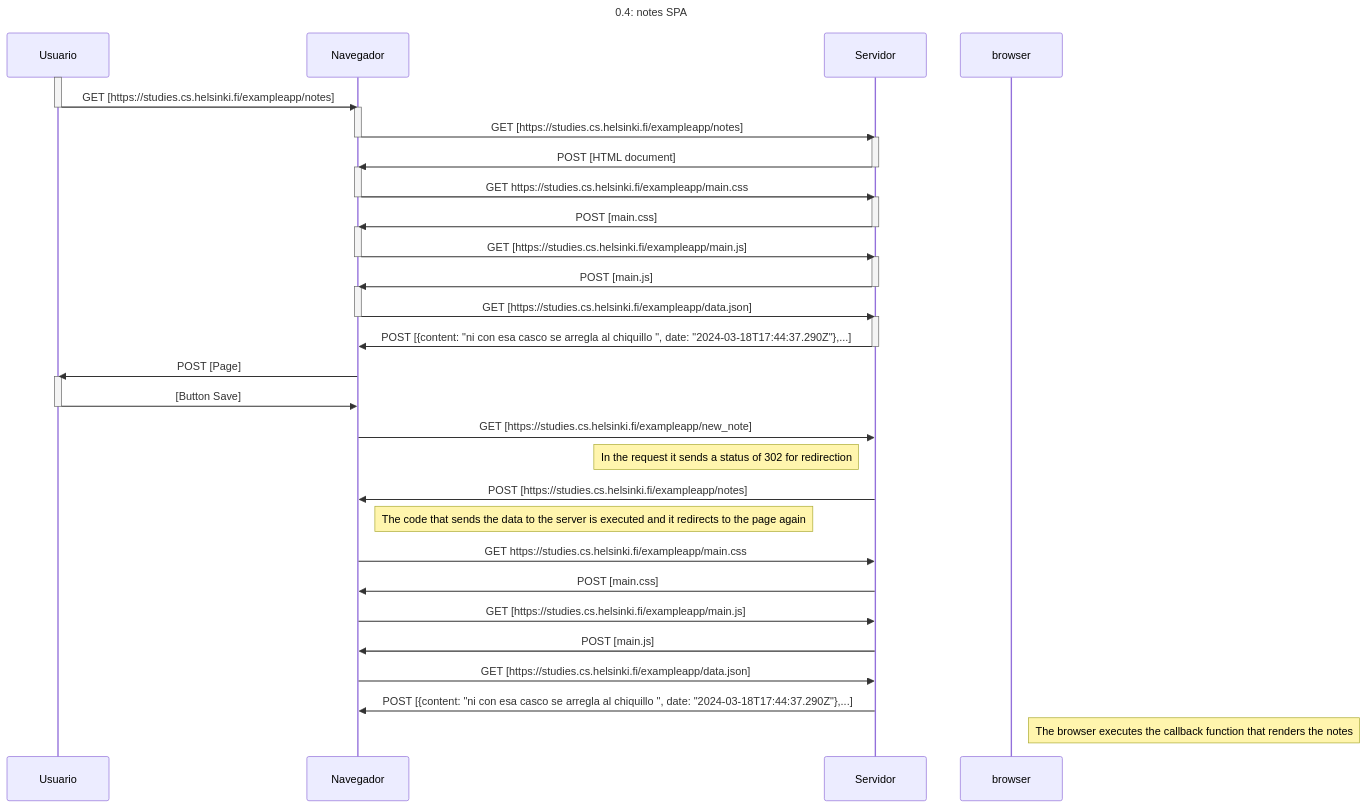
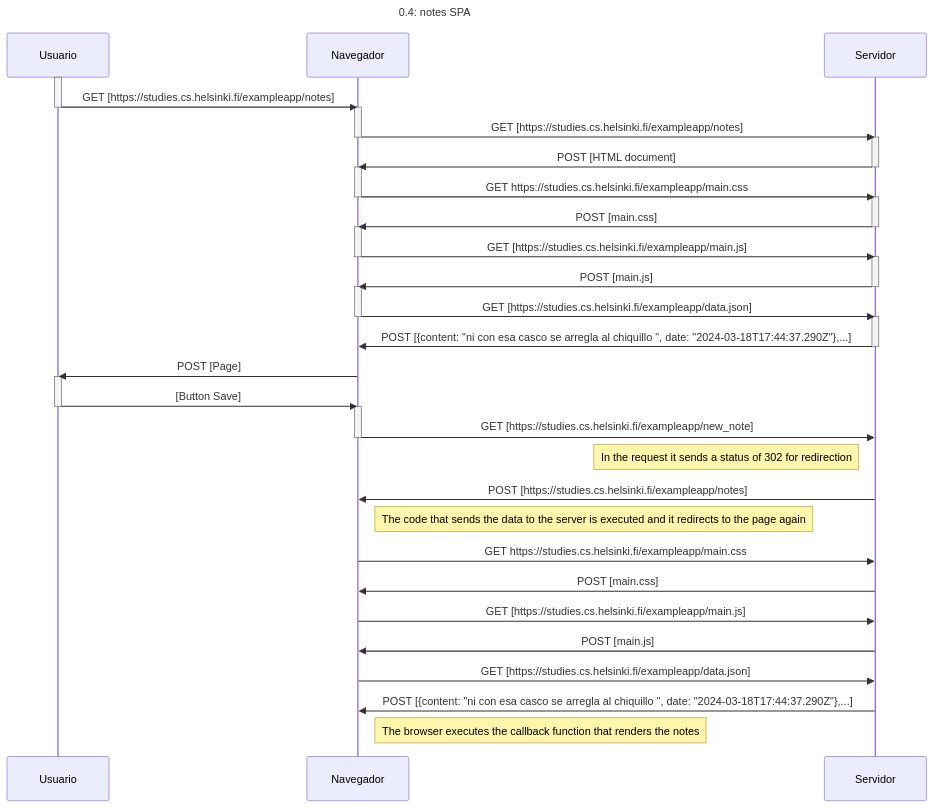
The diagram in 0.4: Nuevo diagrama de nota.md (thecrusher2345/Full-Stack-Open-2023), drawn with Mermaid before and after one commit.

Commit message:
Update 0.4: Nuevo diagrama de nota.md

````diff
--- a/0.4: Nuevo diagrama de nota.md
+++ b/0.4: Nuevo diagrama de nota.md
@@ -3,65 +3,68 @@
 ```mermaid
 sequenceDiagram
     Title: 0.4: notes SPA
 
     participant Usuario
     participant Navegador
     participant Servidor
     
 
     activate Usuario
     Usuario->>Navegador: GET [https://studies.cs.helsinki.fi/exampleapp/notes]
     deactivate Usuario
     activate Navegador
     Navegador->>Servidor: GET [https://studies.cs.helsinki.fi/exampleapp/notes]
     deactivate Navegador
     activate Servidor
     Servidor->>Navegador: POST [HTML document]
     deactivate Servidor
 
     activate Navegador
     Navegador->>Servidor: GET https://studies.cs.helsinki.fi/exampleapp/main.css
     deactivate Navegador
     activate Servidor
     Servidor->>Navegador: POST [main.css]
     deactivate Servidor
 
     activate Navegador
     Navegador->>Servidor: GET [https://studies.cs.helsinki.fi/exampleapp/main.js]
     deactivate Navegador
     activate Servidor
     Servidor->>Navegador: POST [main.js]
     deactivate Servidor
 
     activate Navegador
     Navegador->>Servidor: GET [https://studies.cs.helsinki.fi/exampleapp/data.json]
     deactivate Navegador
     activate Servidor
     Servidor->>Navegador: POST [{content: "ni con esa casco se arregla al chiquillo ", date: "2024-03-18T17:44:37.290Z"},...]
     deactivate Servidor
 
     Navegador->>Usuario: POST [Page]
     activate Usuario
     Usuario->>Navegador: [Button Save]
     deactivate Usuario
 
+
+    activate Navegador
     Navegador->>Servidor: GET [https://studies.cs.helsinki.fi/exampleapp/new_note]
+    deactivate Navegador
 Note left of Servidor: In the request it sends a status of 302 for redirection
     Servidor->>Navegador: POST [https://studies.cs.helsinki.fi/exampleapp/notes]
 Note right of Navegador: The code that sends the data to the server is executed and it redirects to the page again
 
     Navegador->>Servidor: GET https://studies.cs.helsinki.fi/exampleapp/main.css
     Servidor->>Navegador: POST [main.css]
 
     Navegador->>Servidor: GET [https://studies.cs.helsinki.fi/exampleapp/main.js]
     Servidor->>Navegador: POST [main.js]
 
      Navegador->>Servidor: GET [https://studies.cs.helsinki.fi/exampleapp/data.json]
     Servidor->>Navegador: POST [{content: "ni con esa casco se arregla al chiquillo ", date: "2024-03-18T17:44:37.290Z"},...]
-    Note right of browser: The browser executes the callback function that renders the notes
+    Note right of Navegador: The browser executes the callback function that renders the notes
 
     
     
 
 
 ```
````
